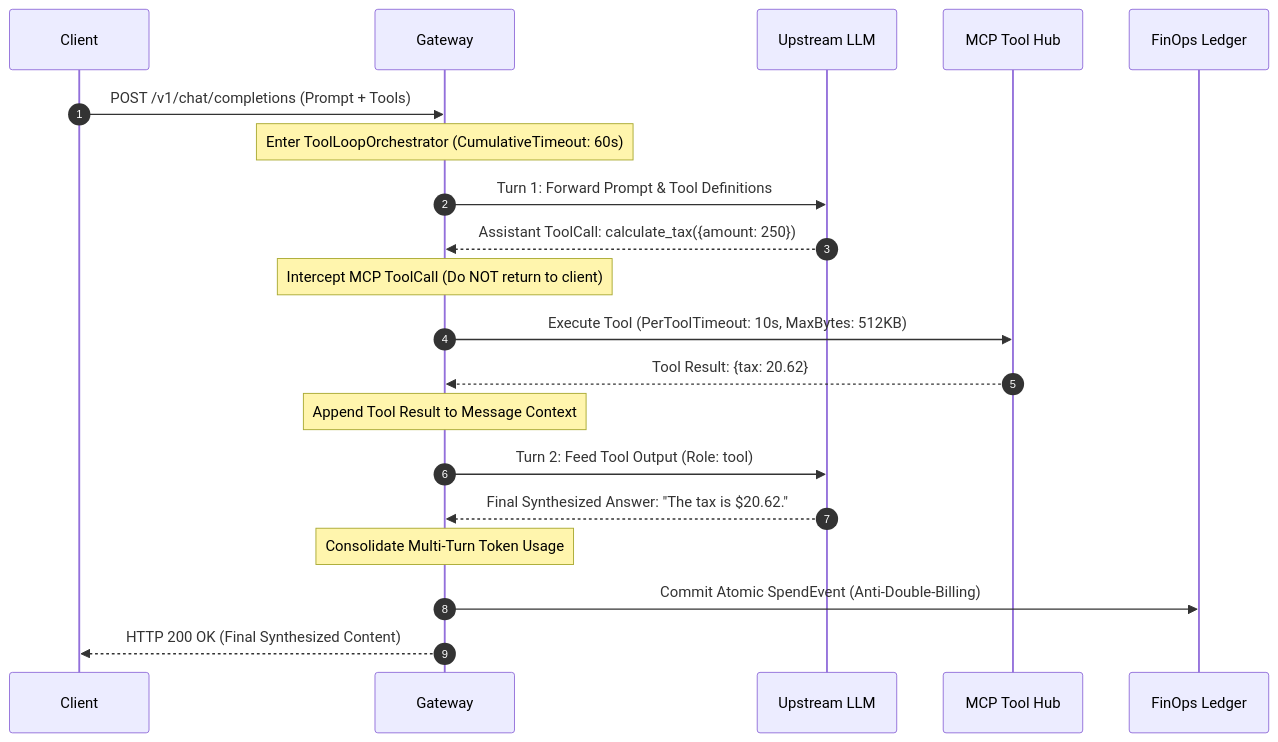
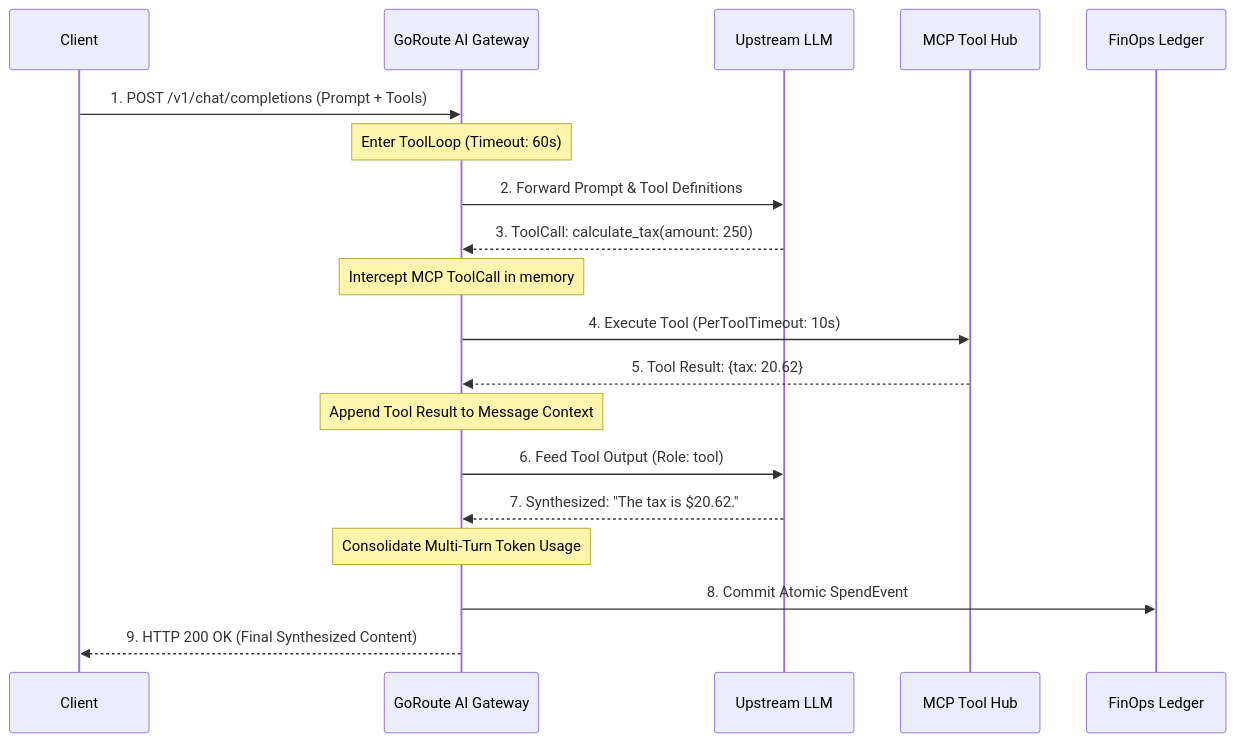
Before and after one commit to goroute-ai/goroute-ai.github.io: the diagram in docs/data-plane/autonomous-tool-loop.md, drawn with Mermaid. The commit also changed 12 other files, not shown here.

Commit message:
fix(mermaid): overhaul sequence diagrams, eliminate parser drops, and polish styling

````diff
--- a/docs/data-plane/autonomous-tool-loop.md
+++ b/docs/data-plane/autonomous-tool-loop.md
@@ -20,17 +20,22 @@
 ```mermaid
 sequenceDiagram
-    autonumber
-    Client ->> Gateway: POST /v1/chat/completions (Prompt + Tools)
-    Note over Gateway: Enter ToolLoopOrchestrator (CumulativeTimeout: 60s)
-    Gateway ->> Upstream LLM: Turn 1: Forward Prompt & Tool Definitions
-    Upstream LLM -->> Gateway: Assistant ToolCall: calculate_tax({amount: 250})
-    Note over Gateway: Intercept MCP ToolCall (Do NOT return to client)
-    Gateway ->> MCP Tool Hub: Execute Tool (PerToolTimeout: 10s, MaxBytes: 512KB)
-    MCP Tool Hub -->> Gateway: Tool Result: {tax: 20.62}
-    Note over Gateway: Append Tool Result to Message Context
-    Gateway ->> Upstream LLM: Turn 2: Feed Tool Output (Role: tool)
-    Upstream LLM -->> Gateway: Final Synthesized Answer: "The tax is $20.62."
-    Note over Gateway: Consolidate Multi-Turn Token Usage
-    Gateway ->> FinOps Ledger: Commit Atomic SpendEvent (Anti-Double-Billing)
-    Gateway -->> Client: HTTP 200 OK (Final Synthesized Content)
+    participant Client
+    participant GW as GoRoute AI Gateway
+    participant LLM as Upstream LLM
+    participant MCP as MCP Tool Hub
+    participant Ledger as FinOps Ledger
+
+    Client->>GW: 1. POST /v1/chat/completions (Prompt + Tools)
+    Note over GW: Enter ToolLoop (Timeout: 60s)
+    GW->>LLM: 2. Forward Prompt & Tool Definitions
+    LLM-->>GW: 3. ToolCall: calculate_tax(amount: 250)
+    Note over GW: Intercept MCP ToolCall in memory
+    GW->>MCP: 4. Execute Tool (PerToolTimeout: 10s)
+    MCP-->>GW: 5. Tool Result: {tax: 20.62}
+    Note over GW: Append Tool Result to Message Context
+    GW->>LLM: 6. Feed Tool Output (Role: tool)
+    LLM-->>GW: 7. Synthesized: "The tax is $20.62."
+    Note over GW: Consolidate Multi-Turn Token Usage
+    GW->>Ledger: 8. Commit Atomic SpendEvent
+    GW-->>Client: 9. HTTP 200 OK (Final Synthesized Content)
 ```
````
